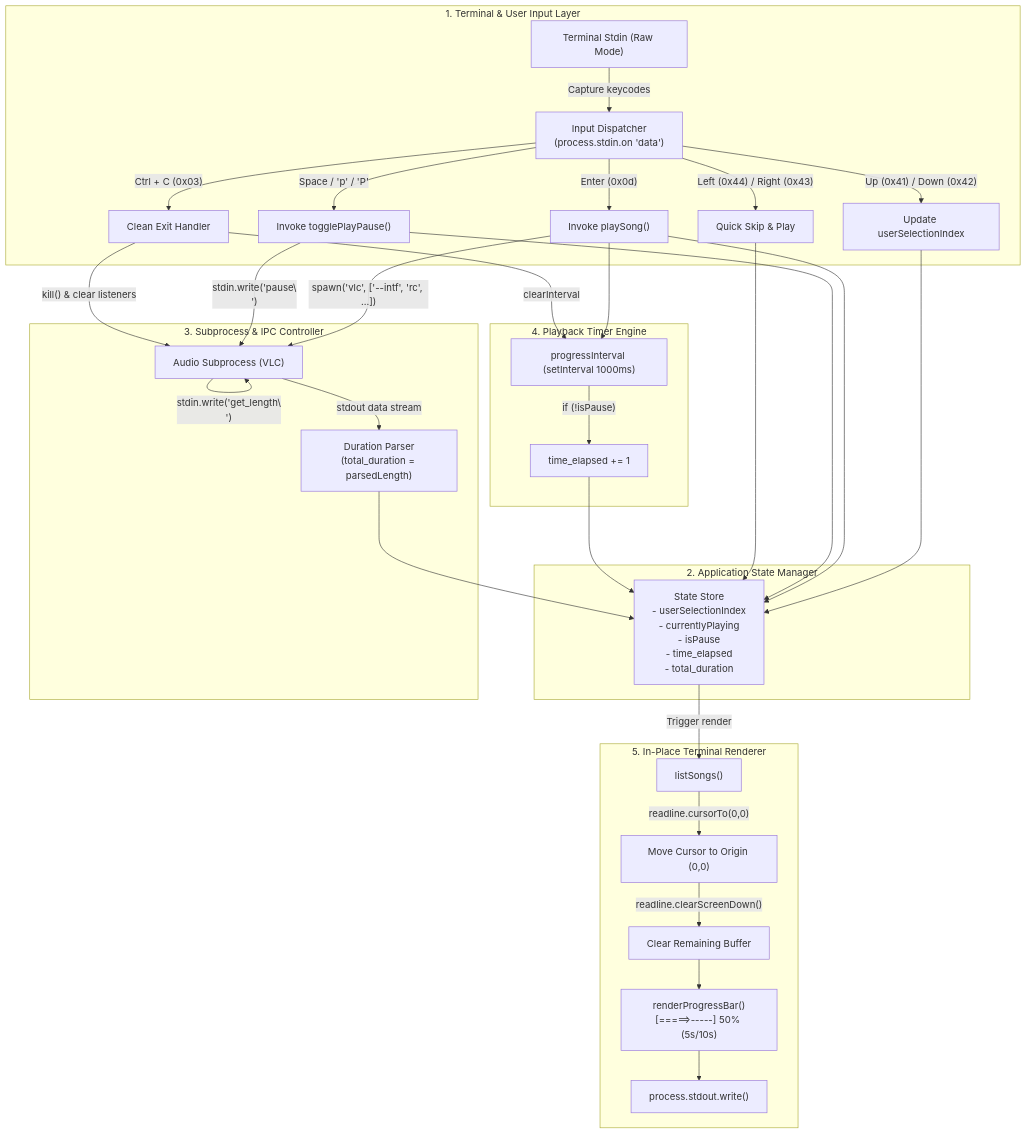
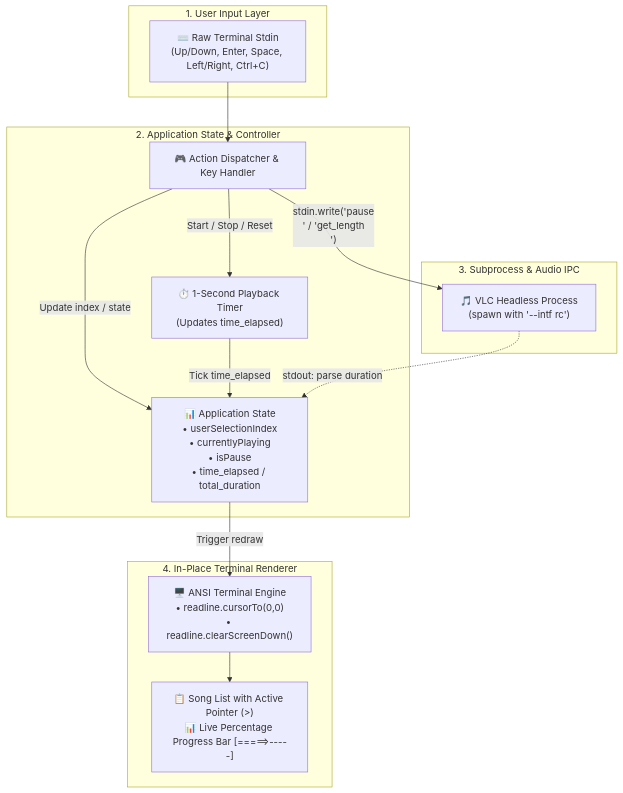
One commit to MAYANKSHARMA01010/app_dev changed the diagram in CLI/music_player/SUBMISSION.md. Above: the diagram before and after it, drawn with Mermaid. The commit also changed other lines of this file and 1 other file, not shown here.

Commit message:
refactor: update architecture diagram and documentation in SUBMISSION.md and add .gitkeep to ELECTRON directory

````diff
--- a/CLI/music_player/SUBMISSION.md
+++ b/CLI/music_player/SUBMISSION.md
@@ -11,42 +11,32 @@
 ```mermaid
 flowchart TD
-    subgraph UI_Layer ["1. Terminal & User Input Layer"]
-        A["Terminal Stdin (Raw Mode)"] -->|"Capture keycodes"| B["Input Dispatcher\n(process.stdin.on 'data')"]
-        B -->|"Up (0x41) / Down (0x42)"| C["Update userSelectionIndex"]
-        B -->|"Enter (0x0d)"| D["Invoke playSong()"]
-        B -->|"Space / 'p' / 'P'"| E["Invoke togglePlayPause()"]
-        B -->|"Left (0x44) / Right (0x43)"| F["Quick Skip & Play"]
-        B -->|"Ctrl + C (0x03)"| G["Clean Exit Handler"]
+    subgraph Input_Layer ["1. User Input Layer"]
+        RawInput["⌨️ Raw Terminal Stdin<br/>(Up/Down, Enter, Space, Left/Right, Ctrl+C)"]
     end
 
-    subgraph State_Layer ["2. Application State Manager"]
-        C --> S["State Store\n- userSelectionIndex\n- currentlyPlaying\n- isPause\n- time_elapsed\n- total_duration"]
-        D --> S
-        E --> S
-        F --> S
+    subgraph Core_Layer ["2. Application State & Controller"]
+        Dispatcher["🎮 Action Dispatcher & Key Handler"]
+        StateStore["📊 Application State<br/>• userSelectionIndex<br/>• currentlyPlaying<br/>• isPause<br/>• time_elapsed / total_duration"]
+        Timer["⏱️ 1-Second Playback Timer<br/>(Updates time_elapsed)"]
+        
+        RawInput --> Dispatcher
+        Dispatcher -->|"Update index / state"| StateStore
+        Dispatcher -->|"Start / Stop / Reset"| Timer
+        Timer -->|"Tick time_elapsed"| StateStore
     end
 
-    subgraph Audio_Layer ["3. Subprocess & IPC Controller"]
-        D -->|"spawn('vlc', ['--intf', 'rc', ...])"| H["Audio Subprocess (VLC)"]
-        E -->|"stdin.write('pause\\n')"| H
-        H -->|"stdin.write('get_length\\n')"| H
-        H -->|"stdout data stream"| I["Duration Parser\n(total_duration = parsedLength)"]
-        I --> S
-        G -->|"kill() & clear listeners"| H
+    subgraph Audio_Layer ["3. Subprocess & Audio IPC"]
+        VLC["🎵 VLC Headless Process<br/>(spawn with '--intf rc')"]
+        
+        Dispatcher -->|"stdin.write('pause\n' / 'get_length\n')"| VLC
+        VLC -.->|"stdout: parse duration"| StateStore
     end
 
-    subgraph Timer_Layer ["4. Playback Timer Engine"]
-        D --> J["progressInterval (setInterval 1000ms)"]
-        J -->|"if (!isPause)"| K["time_elapsed += 1"]
-        K --> S
-        G -->|"clearInterval"| J
-    end
-
-    subgraph Render_Layer ["5. In-Place Terminal Renderer"]
-        S -->|"Trigger render"| L["listSongs()"]
-        L -->|"readline.cursorTo(0,0)"| M["Move Cursor to Origin (0,0)"]
-        M -->|"readline.clearScreenDown()"| N["Clear Remaining Buffer"]
-        N --> O["renderProgressBar()\n[=====>-----] 50% (5s/10s)"]
-        O --> P["process.stdout.write()"]
+    subgraph UI_Layer ["4. In-Place Terminal Renderer"]
+        Renderer["🖥️ ANSI Terminal Engine<br/>• readline.cursorTo(0,0)<br/>• readline.clearScreenDown()"]
+        Display["📋 Song List with Active Pointer (>)<br/>📊 Live Percentage Progress Bar [=====>-----]"]
+        
+        StateStore -->|"Trigger redraw"| Renderer
+        Renderer --> Display
     end
 ```
````
